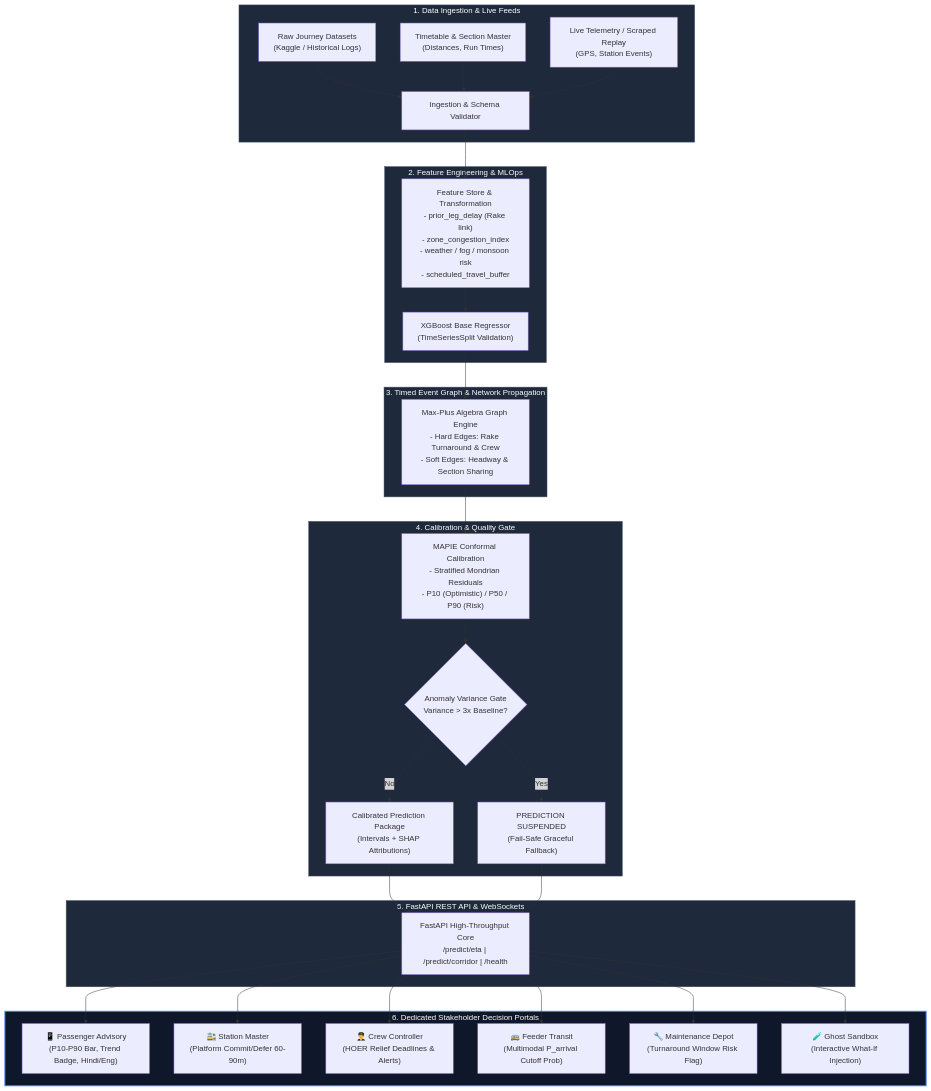
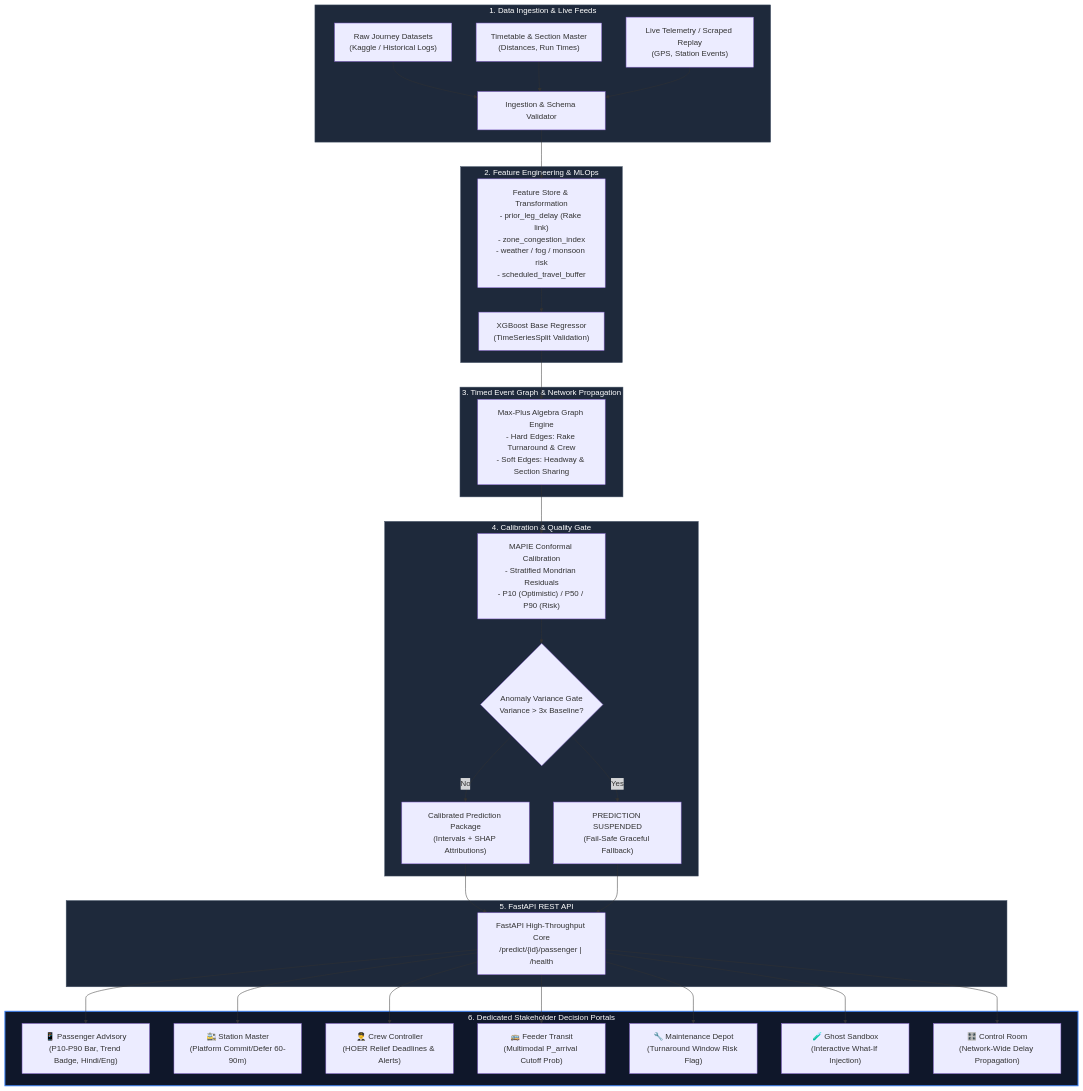
One commit to gogoiboss/demo1 changed the first of 3 diagrams in README.md. Above: the diagram before and after it, drawn with Mermaid. The commit also changed other lines of this file, not shown here.

Commit message:
docs: fully correct architecture, metrics, and repo structure in README

````diff
--- a/README.md
+++ b/README.md
@@ -55,45 +55,46 @@
 ```mermaid
 flowchart TD
     subgraph DataIngestion ["1. Data Ingestion & Live Feeds"]
         A1["Raw Journey Datasets<br/>(Kaggle / Historical Logs)"] --> B["Ingestion & Schema Validator"]
         A2["Timetable & Section Master<br/>(Distances, Run Times)"] --> B
         A3["Live Telemetry / Scraped Replay<br/>(GPS, Station Events)"] --> B
     end
 
     subgraph FeaturePipeline ["2. Feature Engineering & MLOps"]
         B --> C["Feature Store & Transformation<br/>- prior_leg_delay (Rake link)<br/>- zone_congestion_index<br/>- weather / fog / monsoon risk<br/>- scheduled_travel_buffer"]
         C --> D["XGBoost Base Regressor<br/>(TimeSeriesSplit Validation)"]
     end
 
     subgraph GraphEngine ["3. Timed Event Graph & Network Propagation"]
         D --> E["Max-Plus Algebra Graph Engine<br/>- Hard Edges: Rake Turnaround & Crew<br/>- Soft Edges: Headway & Section Sharing"]
     end
 
     subgraph UncertaintyEngine ["4. Calibration & Quality Gate"]
         E --> F["MAPIE Conformal Calibration<br/>- Stratified Mondrian Residuals<br/>- P10 (Optimistic) / P50 / P90 (Risk)"]
         F --> G{"Anomaly Variance Gate<br/>Variance > 3x Baseline?"}
         G -- Yes --> H["PREDICTION SUSPENDED<br/>(Fail-Safe Graceful Fallback)"]
         G -- No --> I["Calibrated Prediction Package<br/>(Intervals + SHAP Attributions)"]
     end
 
-    subgraph ServingLayer ["5. FastAPI REST API & WebSockets"]
-        I --> J["FastAPI High-Throughput Core<br/>/predict/eta | /predict/corridor | /health"]
+    subgraph ServingLayer ["5. FastAPI REST API"]
+        I --> J["FastAPI High-Throughput Core<br/>/predict/{id}/passenger | /health"]
         H --> J
     end
 
     subgraph StakeholderPortals ["6. Dedicated Stakeholder Decision Portals"]
         J --> K1["📱 Passenger Advisory<br/>(P10-P90 Bar, Trend Badge, Hindi/Eng)"]
         J --> K2["🚉 Station Master<br/>(Platform Commit/Defer 60-90m)"]
         J --> K3["👨‍✈️ Crew Controller<br/>(HOER Relief Deadlines & Alerts)"]
         J --> K4["🚌 Feeder Transit<br/>(Multimodal P_arrival Cutoff Prob)"]
         J --> K5["🔧 Maintenance Depot<br/>(Turnaround Window Risk Flag)"]
         J --> K6["🧪 Ghost Sandbox<br/>(Interactive What-If Injection)"]
+        J --> K7["🎛️ Control Room<br/>(Network-Wide Delay Propagation)"]
     end
 
     style DataIngestion fill:#1e293b,stroke:#475569,stroke-width:1px,color:#fff
     style FeaturePipeline fill:#1e293b,stroke:#475569,stroke-width:1px,color:#fff
     style GraphEngine fill:#1e293b,stroke:#475569,stroke-width:1px,color:#fff
     style UncertaintyEngine fill:#1e293b,stroke:#475569,stroke-width:1px,color:#fff
     style ServingLayer fill:#1e293b,stroke:#475569,stroke-width:1px,color:#fff
     style StakeholderPortals fill:#0f172a,stroke:#3b82f6,stroke-width:2px,color:#fff
 ```
````
